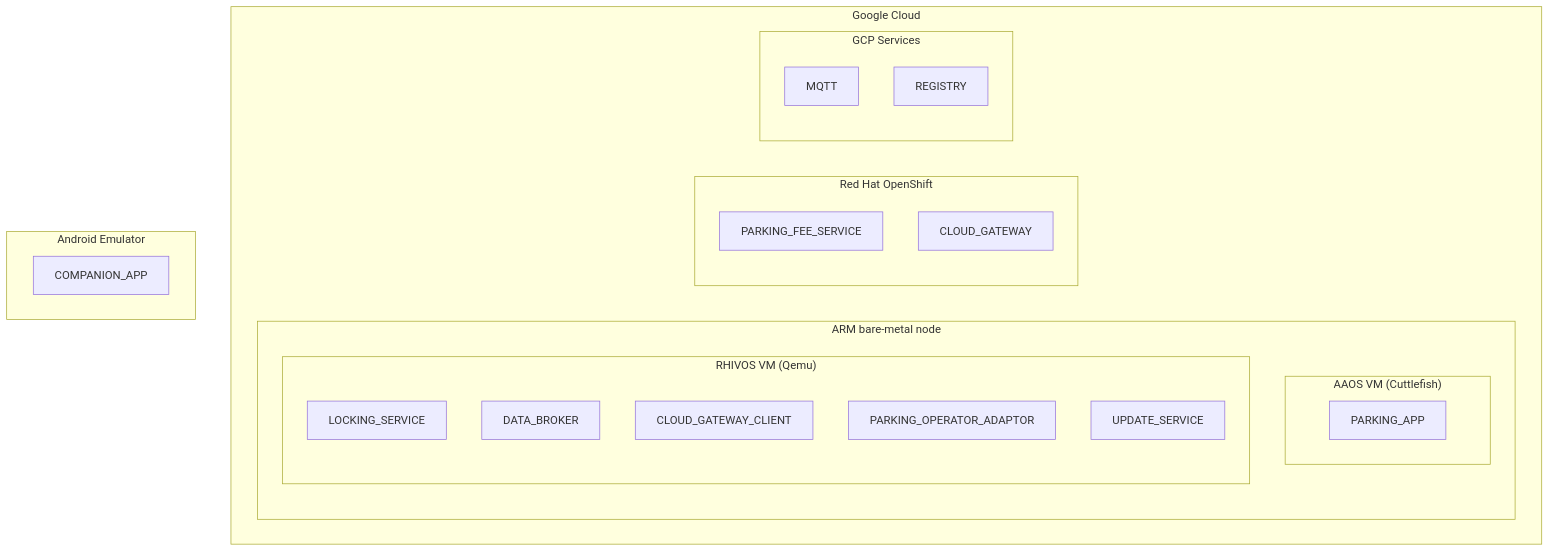
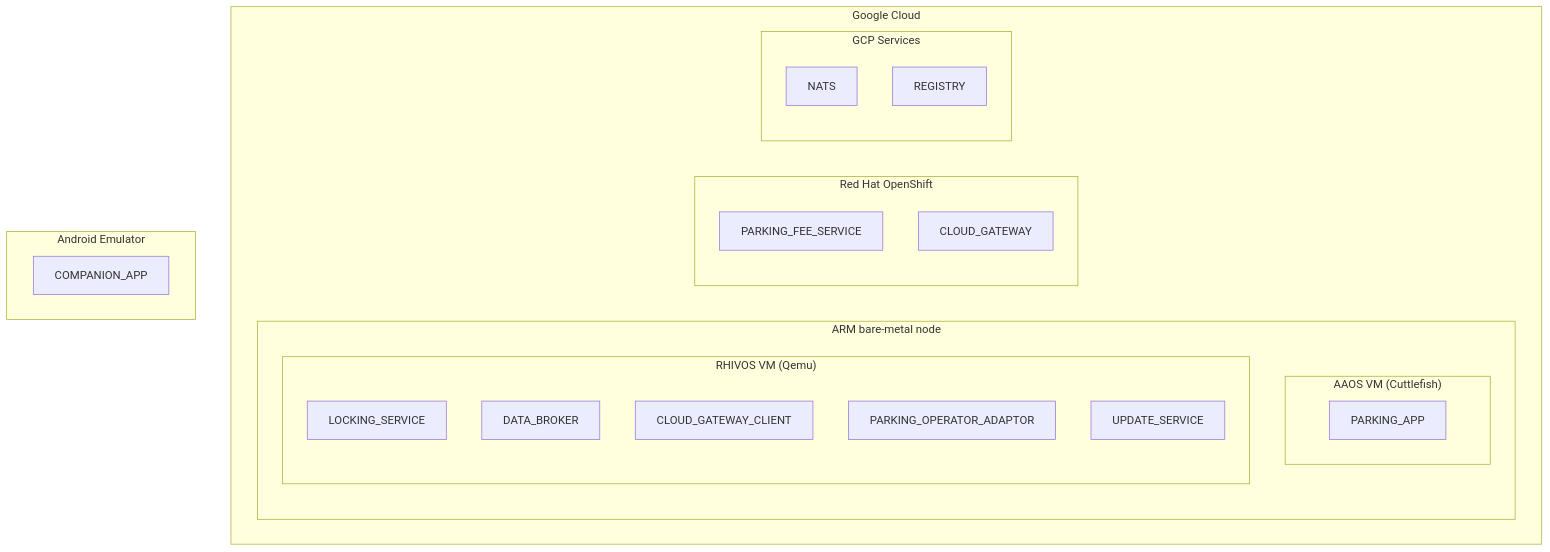
One commit to rhadp/parking-fee-service changed the first of 2 diagrams in .specs/prd.md. Above: the diagram before and after it, drawn with Mermaid. The commit also changed other lines of this file and 46 other files, not shown here.

First line of the commit message:
docs: replace MQTT with NATS and create all component specs

````diff
--- a/.specs/prd.md
+++ b/.specs/prd.md
@@ -252,34 +253,34 @@
 ```mermaid
 flowchart TD
 subgraph Cloud["Google Cloud"]
 
   subgraph BareMetal["ARM bare-metal node"]
     subgraph AAOS["AAOS VM (Cuttlefish)"]
       ParkingApp["PARKING_APP"]
     end
 
     subgraph RHIVOS["RHIVOS VM (Qemu)"]
       LockingService["LOCKING_SERVICE"]
       DataBroker["DATA_BROKER"]
       CloudGatewayClient["CLOUD_GATEWAY_CLIENT"]
       Adaptor["PARKING_OPERATOR_ADAPTOR"]
       UpdateService["UPDATE_SERVICE"]
     end
   end
 
   subgraph Backend["Red Hat OpenShift"]
     ParkingFeeService["PARKING_FEE_SERVICE"]
     CloudGateway["CLOUD_GATEWAY"]
   end
 
   subgraph CloudServices["GCP Services"]
-    MQTT["MQTT"]
+    NATS["NATS"]
     Registry["REGISTRY"]
   end
 end
 
 subgraph Mobile["Android Emulator"]
   CompanionApp["COMPANION_APP"]
 end
 
 ```
````
